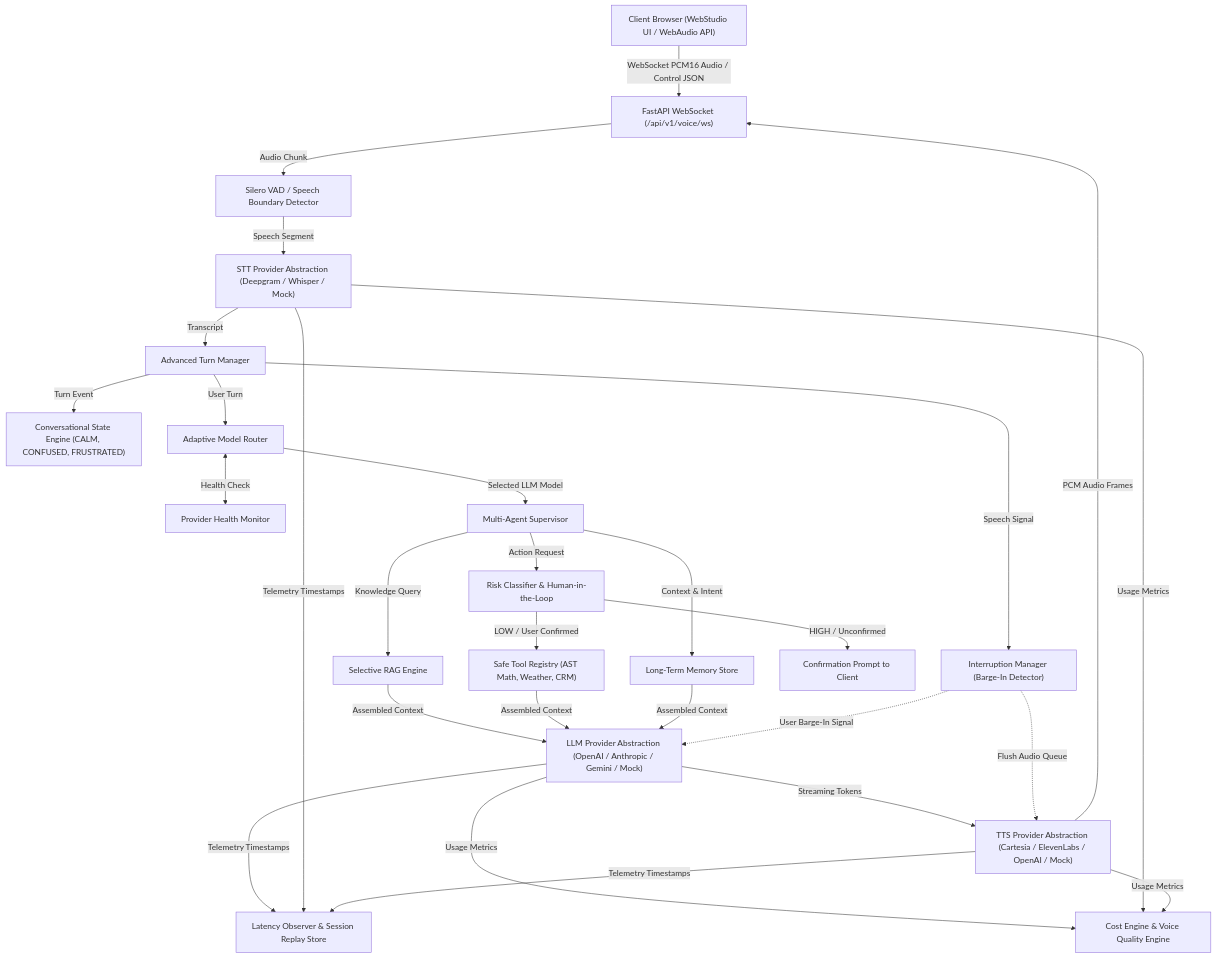
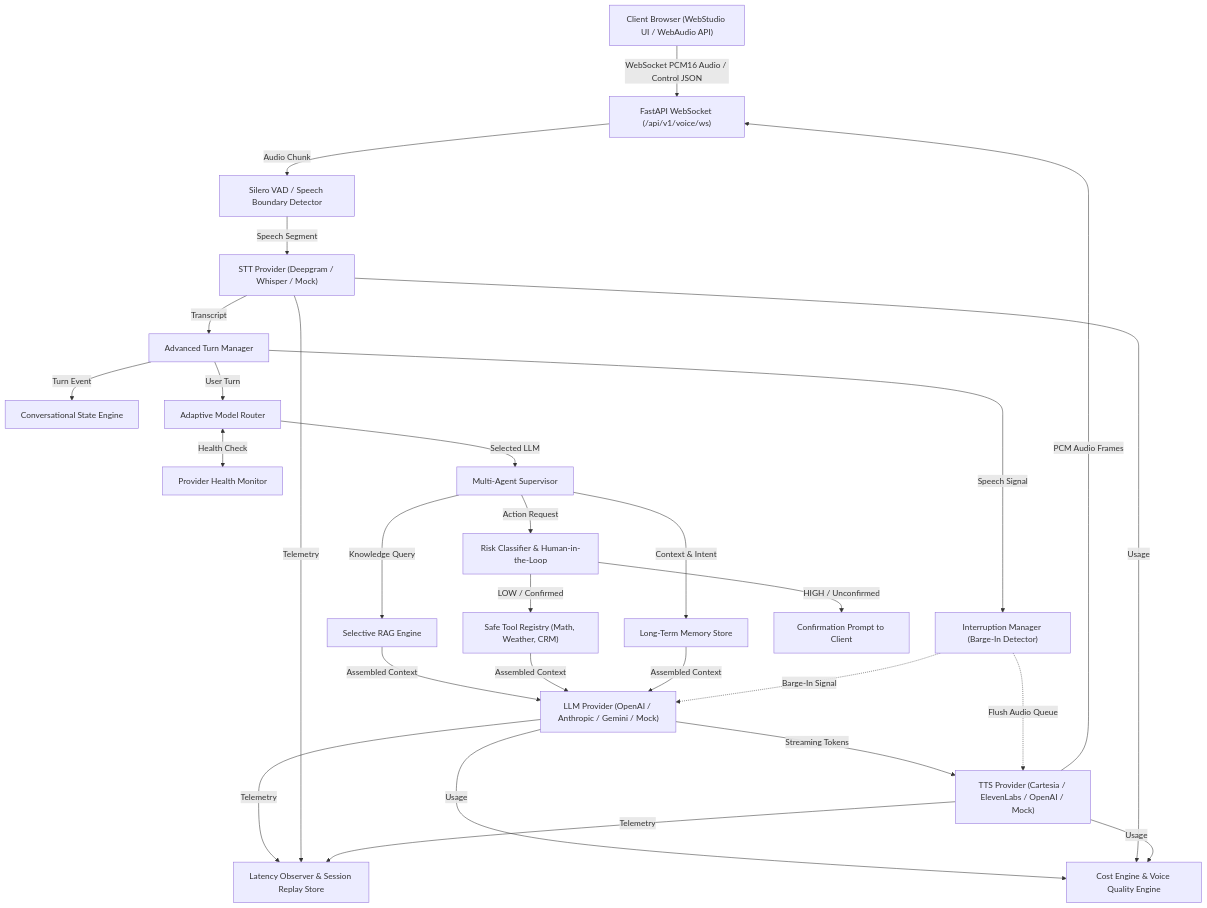
The diagram in README.md (srinathdoggala-tech/voxpilot), drawn with Mermaid before and after one commit. The commit also changed other lines of this file, not shown here.

Commit message:
docs: restructure and update README with improved project layout, feature summaries, and architecture diagrams

````diff
--- a/README.md
+++ b/README.md
@@ -40,32 +45,31 @@
 ```mermaid
 flowchart TD
     Client["Client Browser (WebStudio UI / WebAudio API)"] -->|WebSocket PCM16 Audio / Control JSON| WSEndpoint["FastAPI WebSocket (/api/v1/voice/ws)"]
     WSEndpoint -->|Audio Chunk| VAD["Silero VAD / Speech Boundary Detector"]
-    VAD -->|Speech Segment| STT["STT Provider Abstraction (Deepgram / Whisper / Mock)"]
+    VAD -->|Speech Segment| STT["STT Provider (Deepgram / Whisper / Mock)"]
     STT -->|Transcript| TurnMgr["Advanced Turn Manager"]
-    
-    TurnMgr -->|Turn Event| StateEngine["Conversational State Engine (CALM, CONFUSED, FRUSTRATED)"]
+
+    TurnMgr -->|Turn Event| StateEngine["Conversational State Engine"]
     TurnMgr -->|Speech Signal| InterruptionMgr["Interruption Manager (Barge-In Detector)"]
-    
     TurnMgr -->|User Turn| ModelRouter["Adaptive Model Router"]
+
     ModelRouter <-->|Health Check| HealthMon["Provider Health Monitor"]
-    ModelRouter -->|Selected LLM Model| Supervisor["Multi-Agent Supervisor"]
-    
+    ModelRouter -->|Selected LLM| Supervisor["Multi-Agent Supervisor"]
+
     Supervisor -->|Context & Intent| LongTermMem["Long-Term Memory Store"]
     Supervisor -->|Knowledge Query| RAGEngine["Selective RAG Engine"]
     Supervisor -->|Action Request| RiskClassifier["Risk Classifier & Human-in-the-Loop"]
-    
-    RiskClassifier -->|LOW / User Confirmed| ToolRegistry["Safe Tool Registry (AST Math, Weather, CRM)"]
+
+    RiskClassifier -->|LOW / Confirmed| ToolRegistry["Safe Tool Registry (Math, Weather, CRM)"]
     RiskClassifier -->|HIGH / Unconfirmed| ConfirmationRequest["Confirmation Prompt to Client"]
-    
-    RAGEngine & ToolRegistry & LongTermMem -->|Assembled Context| LLM["LLM Provider Abstraction (OpenAI / Anthropic / Gemini / Mock)"]
-    
-    LLM -->|Streaming Tokens| TTS["TTS Provider Abstraction (Cartesia / ElevenLabs / OpenAI / Mock)"]
+
+    RAGEngine & ToolRegistry & LongTermMem -->|Assembled Context| LLM["LLM Provider (OpenAI / Anthropic / Gemini / Mock)"]
+    LLM -->|Streaming Tokens| TTS["TTS Provider (Cartesia / ElevenLabs / OpenAI / Mock)"]
     TTS -->|PCM Audio Frames| WSEndpoint
-    
-    InterruptionMgr -.->|User Barge-In Signal| LLM
+
+    InterruptionMgr -.->|Barge-In Signal| LLM
     InterruptionMgr -.->|Flush Audio Queue| TTS
-    
-    LLM & STT & TTS -->|Telemetry Timestamps| LatencyObs["Latency Observer & Session Replay Store"]
-    LLM & STT & TTS -->|Usage Metrics| CostEngine["Cost Engine & Voice Quality Engine"]
+
+    LLM & STT & TTS -->|Telemetry| LatencyObs["Latency Observer & Session Replay Store"]
+    LLM & STT & TTS -->|Usage| CostEngine["Cost Engine & Voice Quality Engine"]
 ```
````
